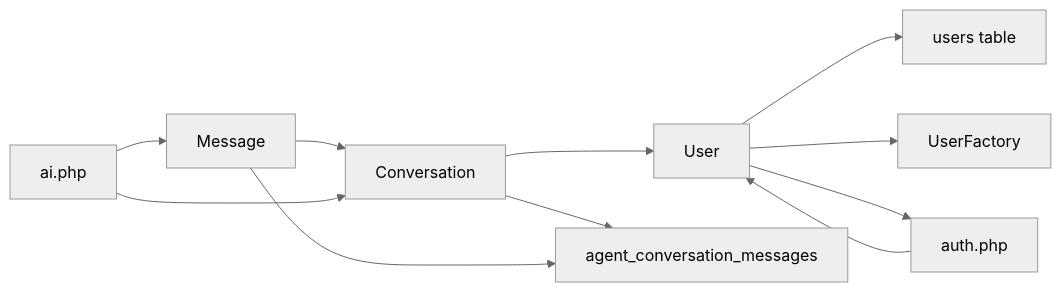
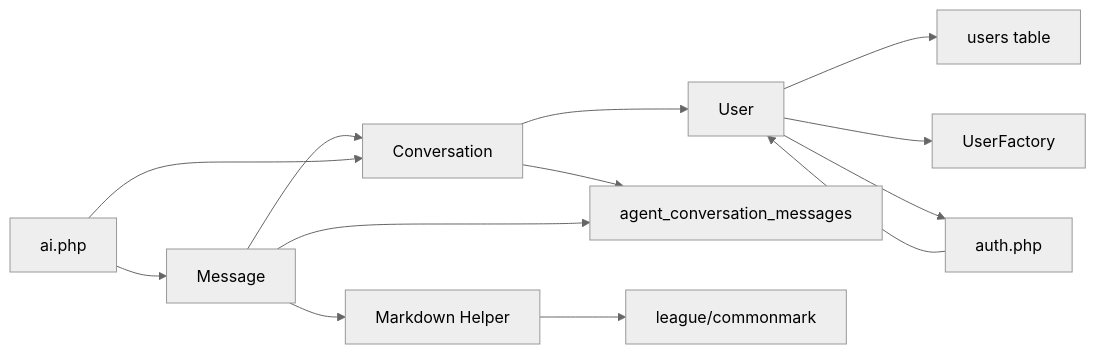
Before and after one commit to siimliimand/laravel-assistant: the sixth of 6 diagrams in .qoder/repowiki/en/content/Laravel Application Components/Models.md, drawn with Mermaid (neutral theme). The commit also changed other lines of this file and 4 other files, not shown here.

````diff
--- a/.qoder/repowiki/en/content/Laravel Application Components/Models.md
+++ b/.qoder/repowiki/en/content/Laravel Application Components/Models.md
@@ -365,13 +438,15 @@
 ```mermaid
 graph LR
 User["User"] --> UsersTable["users table"]
 User --> UserFactory["UserFactory"]
 User --> AuthConfig["auth.php"]
 Conversation["Conversation"] --> MessagesTable["agent_conversation_messages"]
 Conversation --> User
 Message["Message"] --> Conversation
 Message --> MessagesTable
+Message --> MarkdownHelper["Markdown Helper"]
+MarkdownHelper --> CommonMark["league/commonmark"]
 AuthConfig --> User
 AIConfig["ai.php"] --> Conversation
 AIConfig --> Message
 ```
````
